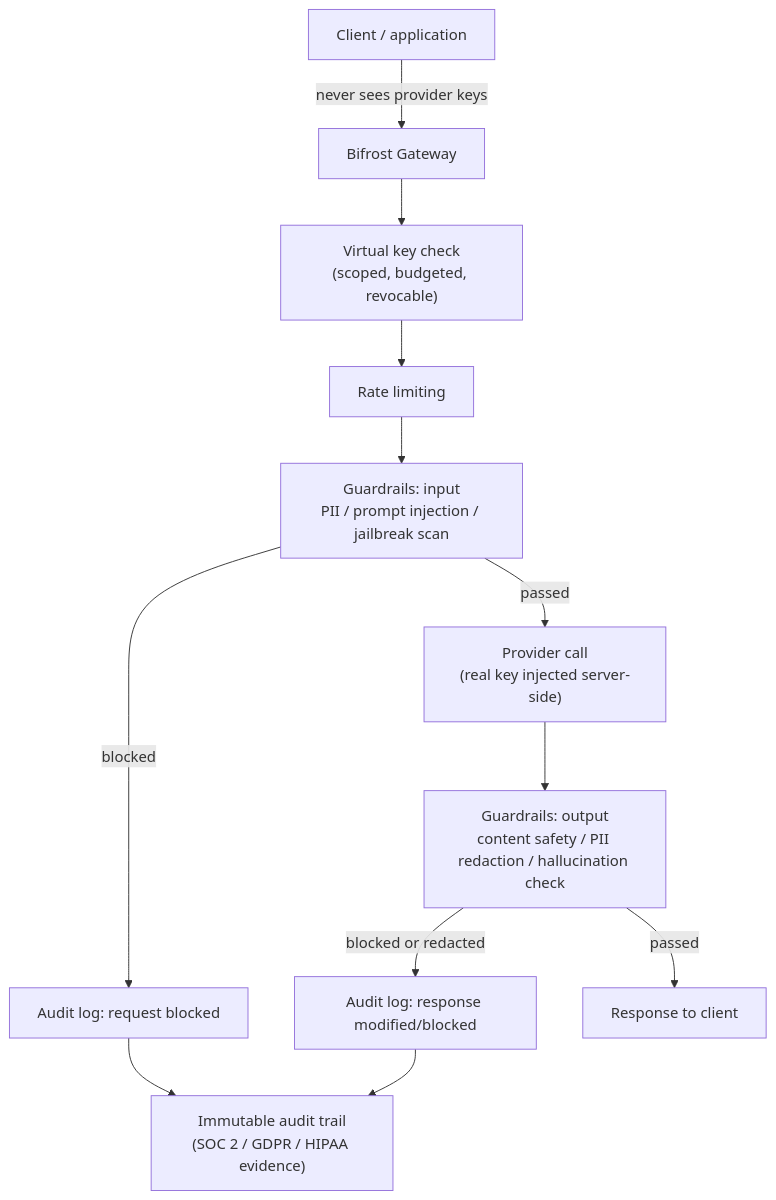
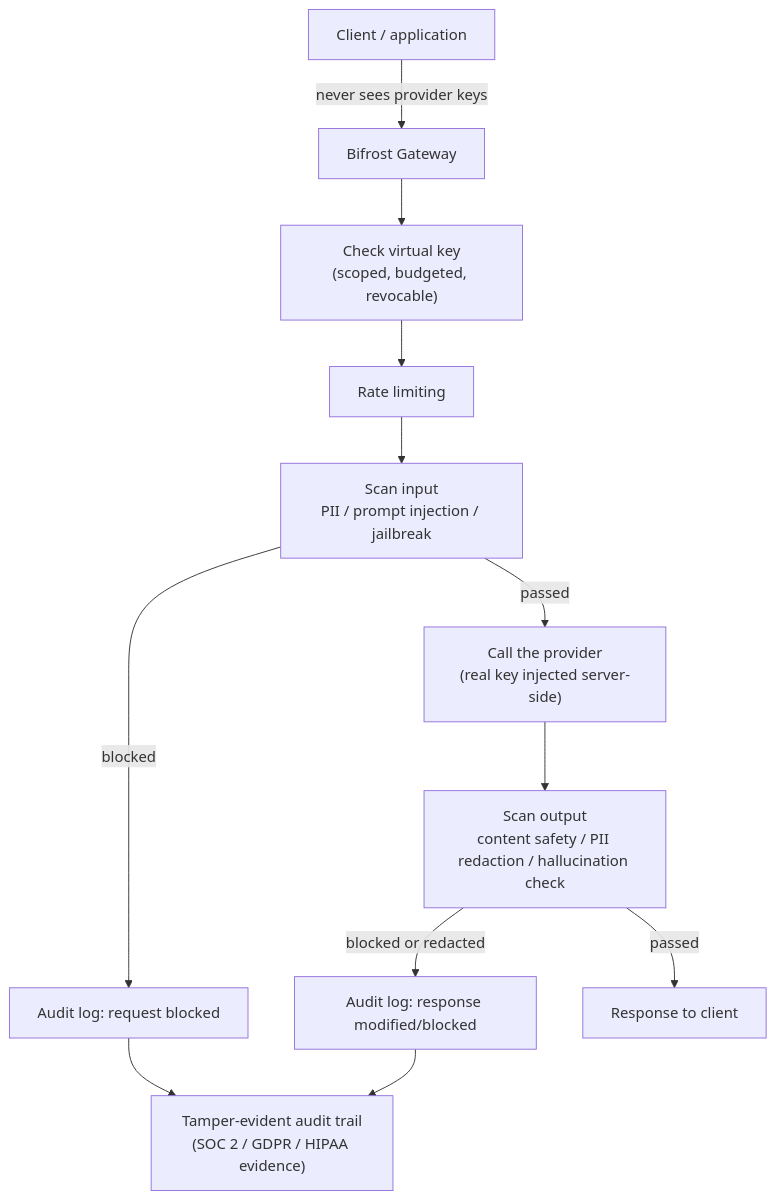
Before and after one commit to d-hackmt/bifrost: the diagram in docs/04-security.md, drawn with Mermaid. The commit also changed other lines of this file and 6 other files, not shown here.

````diff
--- a/docs/04-security.md
+++ b/docs/04-security.md
@@ -5,14 +7,14 @@
 ```mermaid
 flowchart TD
     Client["Client / application"] -->|"never sees provider keys"| GW["Bifrost Gateway"]
-    GW --> VK["Virtual key check\n(scoped, budgeted, revocable)"]
+    GW --> VK["Check virtual key\n(scoped, budgeted, revocable)"]
     VK --> RL["Rate limiting"]
-    RL --> GIN["Guardrails: input\nPII / prompt injection / jailbreak scan"]
+    RL --> GIN["Scan input\nPII / prompt injection / jailbreak"]
     GIN -->|blocked| AUD1["Audit log: request blocked"]
-    GIN -->|passed| PROV["Provider call\n(real key injected server-side)"]
-    PROV --> GOUT["Guardrails: output\ncontent safety / PII redaction / hallucination check"]
+    GIN -->|passed| PROV["Call the provider\n(real key injected server-side)"]
+    PROV --> GOUT["Scan output\ncontent safety / PII redaction / hallucination check"]
     GOUT -->|blocked or redacted| AUD2["Audit log: response modified/blocked"]
     GOUT -->|passed| RESP["Response to client"]
-    AUD1 --> LOGS["Immutable audit trail\n(SOC 2 / GDPR / HIPAA evidence)"]
+    AUD1 --> LOGS["Tamper-evident audit trail\n(SOC 2 / GDPR / HIPAA evidence)"]
     AUD2 --> LOGS
 ```
````
